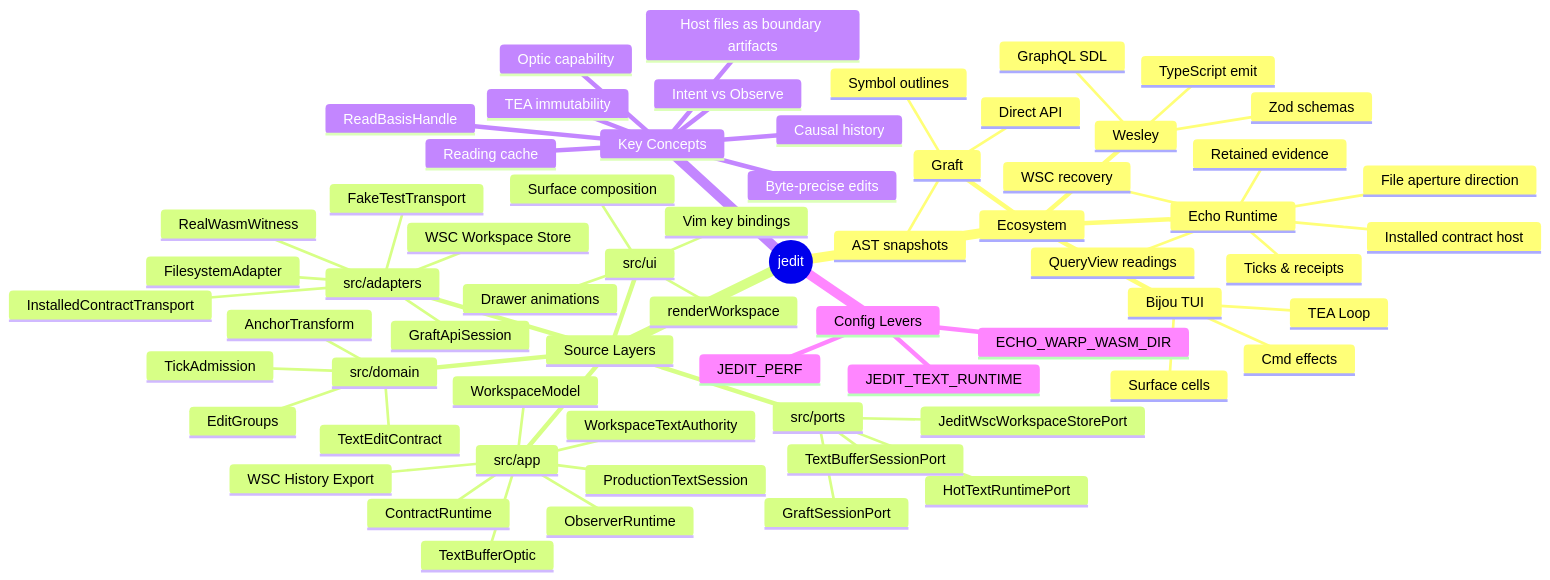
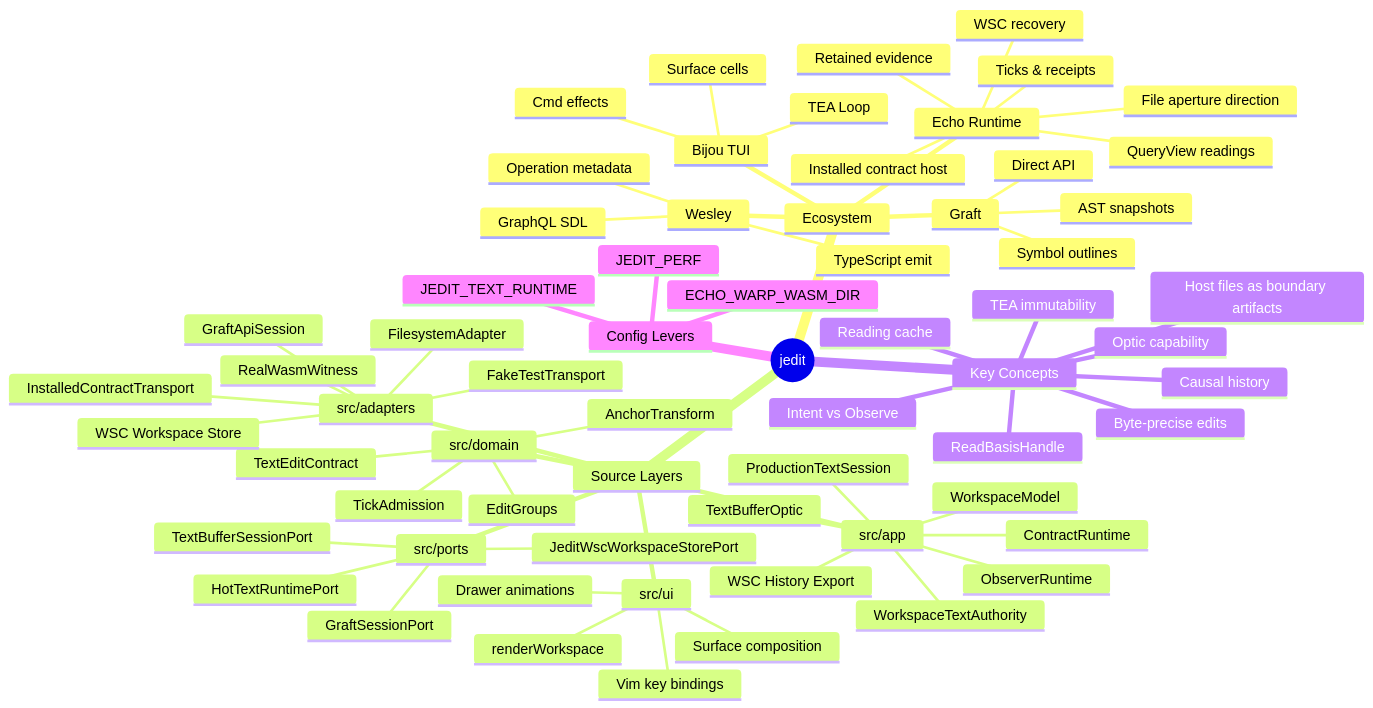
Before and after one commit to flyingrobots/jedit: the first of 22 diagrams in docs/technical-teardown.md, drawn with Mermaid. The commit also changed other lines of this file and 34 other files, not shown here.

````diff
--- a/docs/technical-teardown.md
+++ b/docs/technical-teardown.md
@@ -66,68 +66,68 @@
 ```mermaid
 mindmap
   root((jedit))
     Ecosystem
       Bijou TUI
         TEA Loop
         Surface cells
         Cmd effects
       Echo Runtime
         Installed contract host
         File aperture direction
         QueryView readings
         Ticks & receipts
         Retained evidence
         WSC recovery
       Graft
         Direct API
         AST snapshots
         Symbol outlines
       Wesley
         GraphQL SDL
         TypeScript emit
-        Zod schemas
+        Operation metadata
     Source Layers
       src/domain
         TextEditContract
         TickAdmission
         EditGroups
         AnchorTransform
       src/app
         WorkspaceModel
         TextBufferOptic
         ProductionTextSession
         WorkspaceTextAuthority
         WSC History Export
         ObserverRuntime
         ContractRuntime
       src/ports
         HotTextRuntimePort
         TextBufferSessionPort
         JeditWscWorkspaceStorePort
         GraftSessionPort
       src/adapters
         InstalledContractTransport
         RealWasmWitness
         FakeTestTransport
         WSC Workspace Store
         FilesystemAdapter
         GraftApiSession
       src/ui
         renderWorkspace
         Vim key bindings
         Surface composition
         Drawer animations
     Key Concepts
       TEA immutability
       Byte-precise edits
       Optic capability
       ReadBasisHandle
       Intent vs Observe
       Reading cache
       Causal history
       Host files as boundary artifacts
     Config Levers
       JEDIT_TEXT_RUNTIME
       JEDIT_PERF
       ECHO_WARP_WASM_DIR
 ```
````
